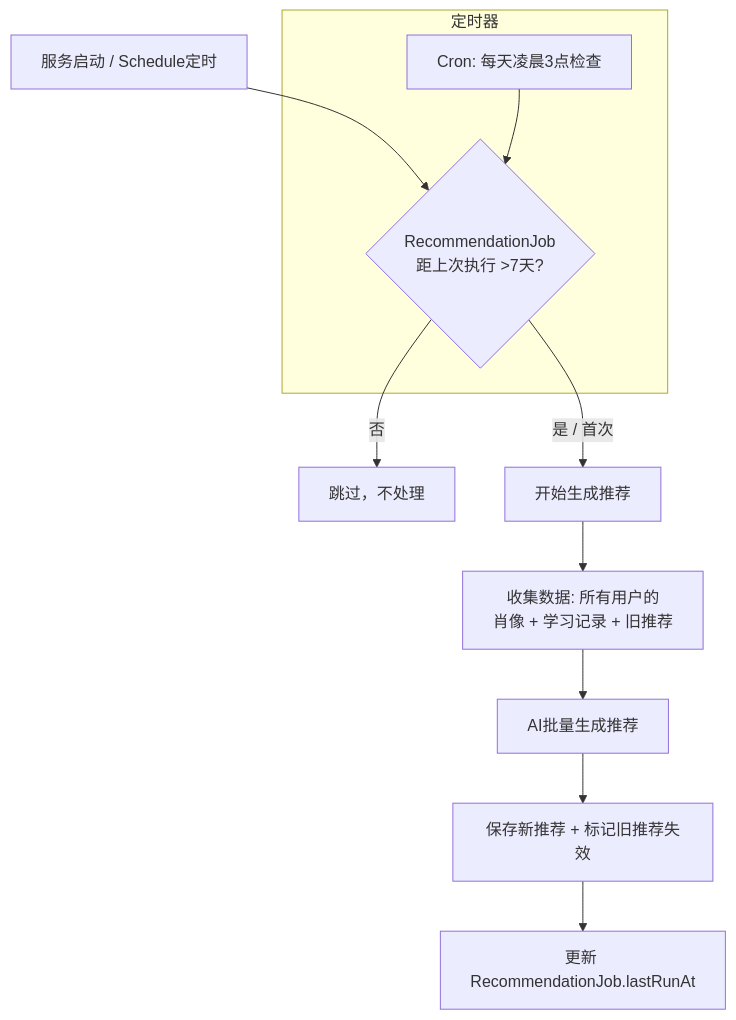
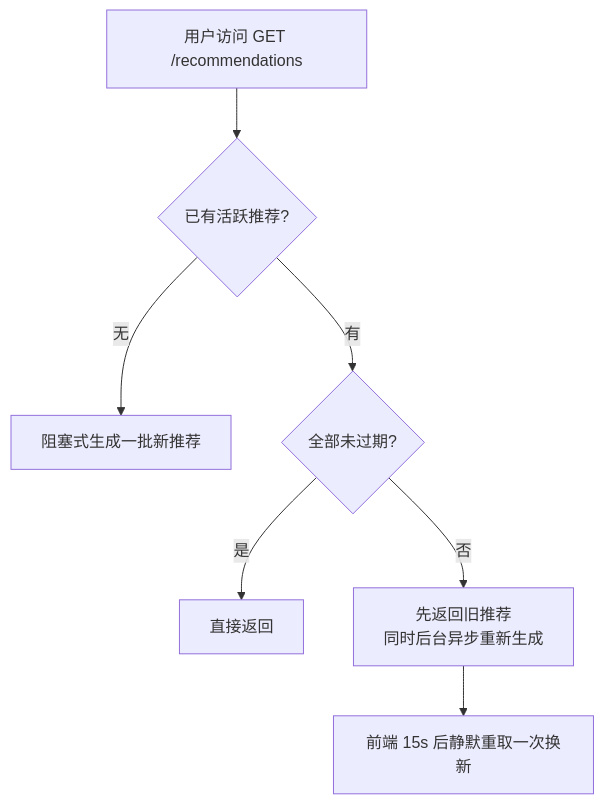
The fourth of 7 diagrams in docs/系统架构设计.md (SatomiKazeHiro/cogin-tree), drawn with Mermaid before and after one commit. The commit also changed other lines of this file and 2 other files, not shown here.

````diff
--- a/docs/系统架构设计.md
+++ b/docs/系统架构设计.md
@@ -437,15 +467,9 @@
 ```mermaid
 flowchart TD
-    START[服务启动 / Schedule定时] --> CHECK{RecommendationJob\n距上次执行 >7天?}
-    CHECK -- 否 --> SKIP[跳过，不处理]
-    CHECK -- 是 / 首次 --> RUN[开始生成推荐]
-    RUN --> COLLECT[收集数据: 所有用户的\n肖像 + 学习记录 + 旧推荐]
-    COLLECT --> AI[AI批量生成推荐]
-    AI --> STORE[保存新推荐 + 标记旧推荐失效]
-    STORE --> DONE[更新 RecommendationJob.lastRunAt]
-
-    subgraph 定时器
-        SCHEDULE[Cron: 每天凌晨3点检查]
-        SCHEDULE --> CHECK
-    end
+    REQ[用户访问 GET /recommendations] --> HAS{已有活跃推荐?}
+    HAS -- 无 --> GEN[阻塞式生成一批新推荐]
+    HAS -- 有 --> VALID{全部未过期?}
+    VALID -- 是 --> RET[直接返回]
+    VALID -- 否 --> STALE[先返回旧推荐<br/>同时后台异步重新生成]
+    STALE --> NEXT[前端 15s 后静默重取一次换新]
 ```
````
